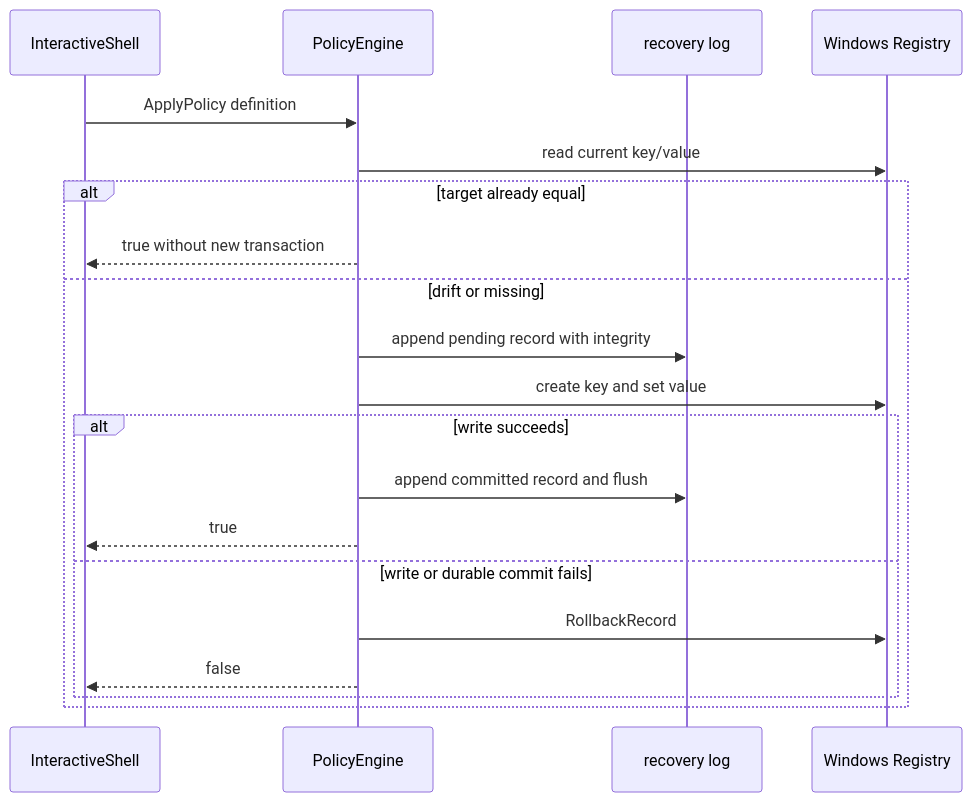
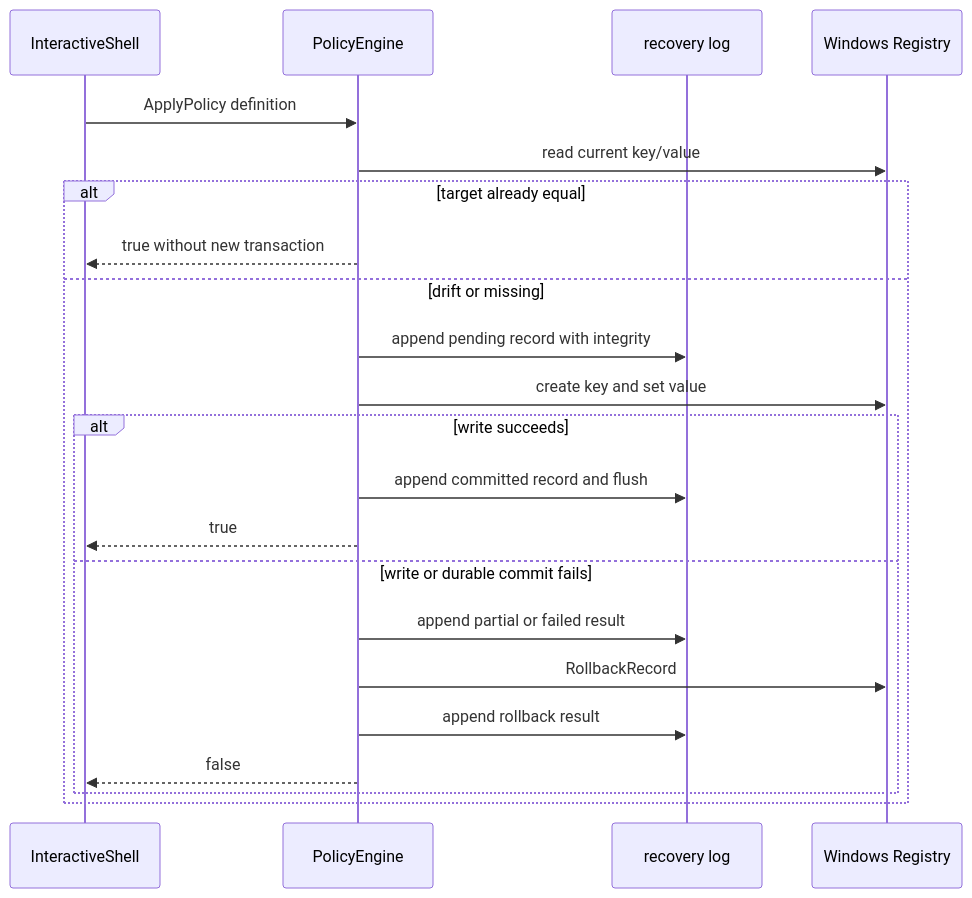
One commit to genesisgzdev/Aegis11 changed the second of 3 diagrams in docs/ARCHITECTURE.md. Above: the diagram before and after it, drawn with Mermaid. The commit also changed other lines of this file and 22 other files, not shown here.

````diff
--- a/docs/ARCHITECTURE.md
+++ b/docs/ARCHITECTURE.md
@@ -36,22 +36,24 @@
-~~~mermaid
+```mermaid
 sequenceDiagram
     participant UI as InteractiveShell
     participant PE as PolicyEngine
     participant WAL as recovery log
     participant REG as Windows Registry
     UI->>PE: ApplyPolicy definition
     PE->>REG: read current key/value
     alt target already equal
       PE-->>UI: true without new transaction
     else drift or missing
     PE->>WAL: append pending record with integrity
     PE->>REG: create key and set value
       alt write succeeds
         PE->>WAL: append committed record and flush
         PE-->>UI: true
       else write or durable commit fails
+        PE->>WAL: append partial or failed result
         PE->>REG: RollbackRecord
+        PE->>WAL: append rollback result
         PE-->>UI: false
       end
     end
-~~~
+```
````
